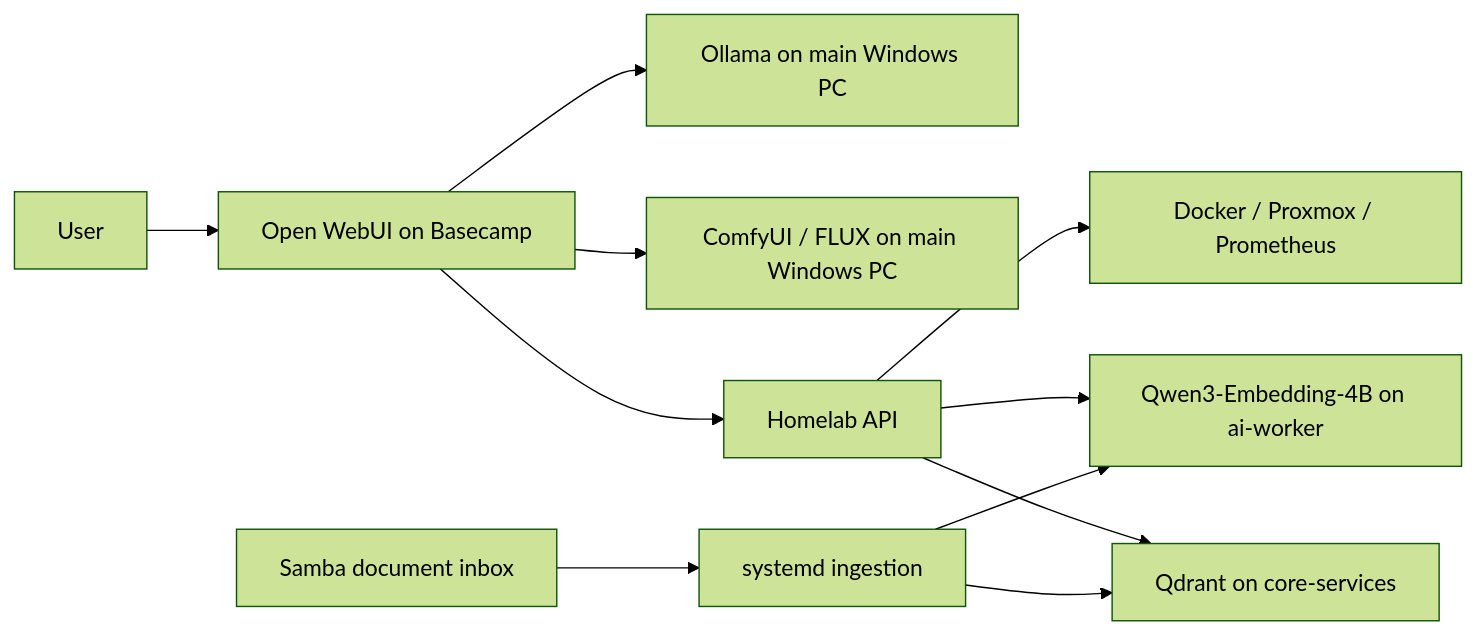
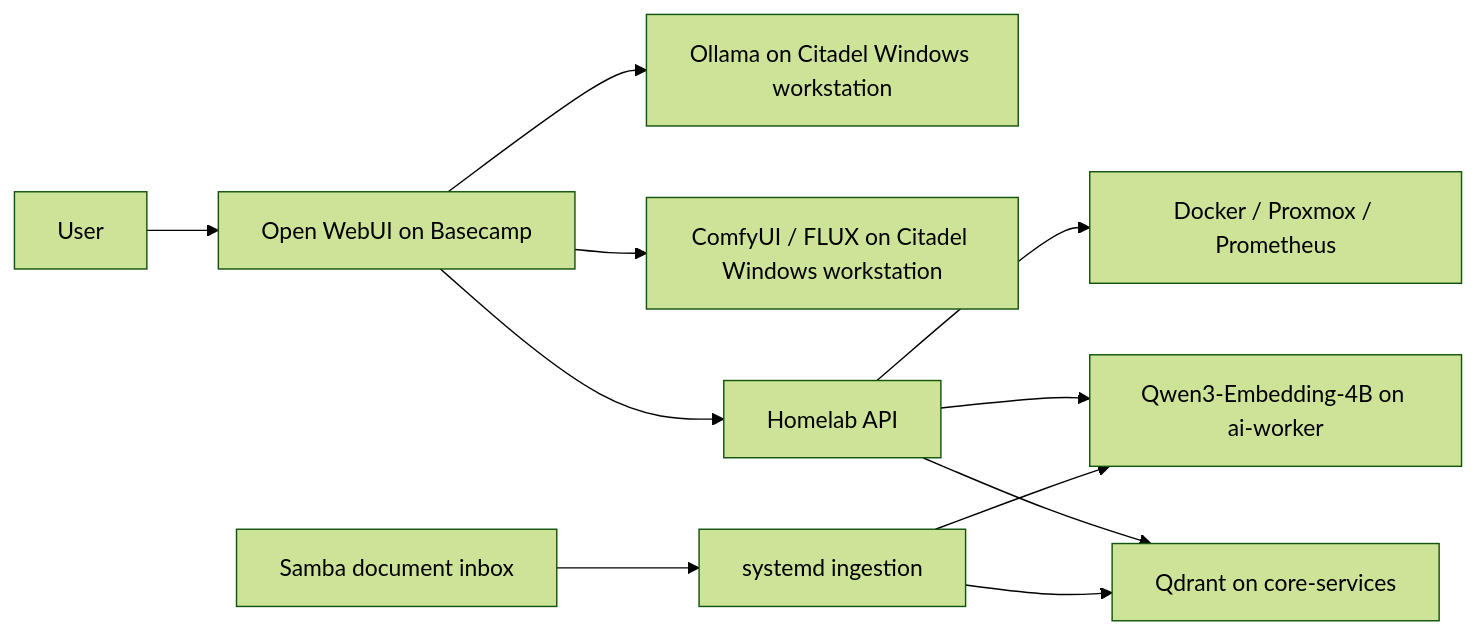
Before and after one commit to soonerbear22-ux/local-ai-lab: the diagram in README.md, drawn with Mermaid (forest theme). The commit also changed other lines of this file and 4 other files, not shown here.

````diff
--- a/README.md
+++ b/README.md
@@ -9,13 +9,13 @@
 ```mermaid
 flowchart LR
     User["User"] --> UI["Open WebUI on Basecamp"]
-    UI --> Ollama["Ollama on main Windows PC"]
-    UI --> Comfy["ComfyUI / FLUX on main Windows PC"]
+    UI --> Ollama["Ollama on Citadel Windows workstation"]
+    UI --> Comfy["ComfyUI / FLUX on Citadel Windows workstation"]
     UI --> API["Homelab API"]
     API --> Live["Docker / Proxmox / Prometheus"]
     API --> Embed["Qwen3-Embedding-4B on ai-worker"]
     API --> Qdrant["Qdrant on core-services"]
     Inbox["Samba document inbox"] --> Ingest["systemd ingestion"]
     Ingest --> Embed
     Ingest --> Qdrant
 ```
````
